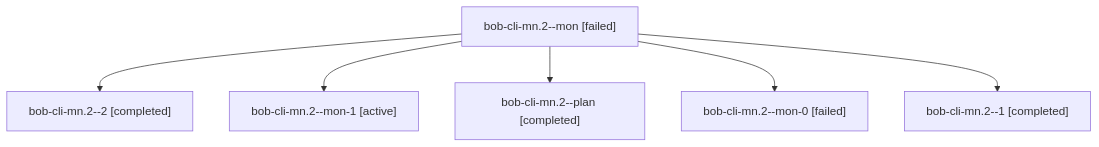
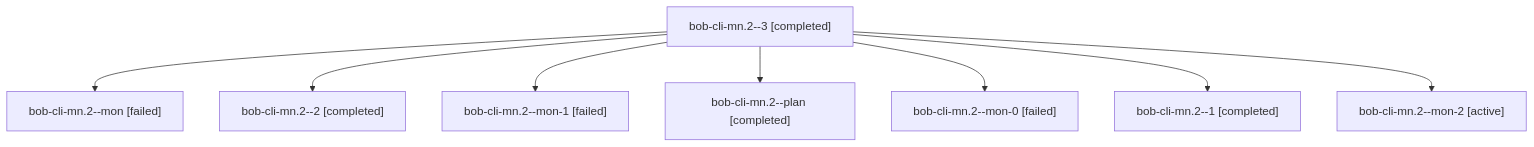
The diagram in sessions/bbugyi200.athena.bob-cli-mn.2.md (bobs-org/bob-cli--agents), drawn with Mermaid before and after one commit. The commit also changed other lines of this file and 28 other files, not shown here.

````diff
--- a/sessions/bbugyi200.athena.bob-cli-mn.2.md
+++ b/sessions/bbugyi200.athena.bob-cli-mn.2.md
@@ -9,14 +9,18 @@
 ```mermaid
 flowchart TD
-  n0["bob-cli-mn.2--mon [failed]"]
-  n1["bob-cli-mn.2--2 [completed]"]
+  n0["bob-cli-mn.2--3 [completed]"]
+  n1["bob-cli-mn.2--mon [failed]"]
   n0 --> n1
-  n2["bob-cli-mn.2--mon-1 [active]"]
+  n2["bob-cli-mn.2--2 [completed]"]
   n0 --> n2
-  n3["bob-cli-mn.2--plan [completed]"]
+  n3["bob-cli-mn.2--mon-1 [failed]"]
   n0 --> n3
-  n4["bob-cli-mn.2--mon-0 [failed]"]
+  n4["bob-cli-mn.2--plan [completed]"]
   n0 --> n4
-  n5["bob-cli-mn.2--1 [completed]"]
+  n5["bob-cli-mn.2--mon-0 [failed]"]
   n0 --> n5
+  n6["bob-cli-mn.2--1 [completed]"]
+  n0 --> n6
+  n7["bob-cli-mn.2--mon-2 [active]"]
+  n0 --> n7
 ```
````
